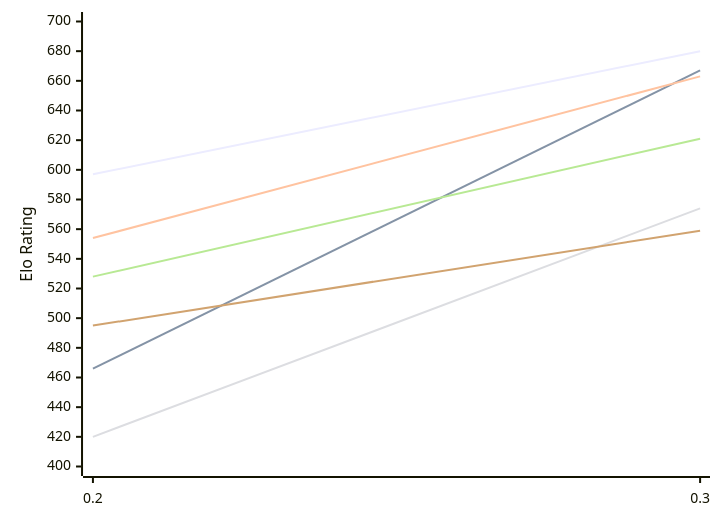
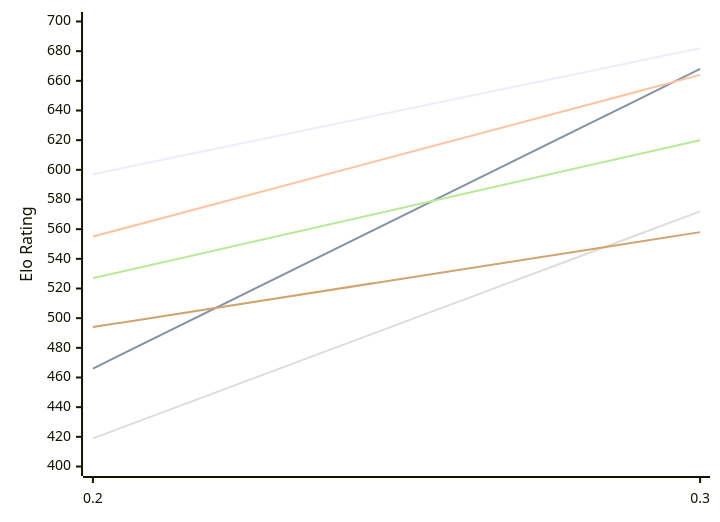
One commit to computer-chess-index/cci changed the first of 2 diagrams in engines/Magpie.md. Above: the diagram before and after it, drawn with Mermaid. The commit also changed other lines of this file, not shown here.

Commit message:
Update CCI Ratings (ELO VLTC) - 2026-11-19

````diff
--- a/engines/Magpie.md
+++ b/engines/Magpie.md
@@ -50,12 +50,12 @@
 ```mermaid
 %%{init: {"theme":"base","themeVariables":{"seriesColors:['#a3a3a3','#222221','#faa371']}}}%%
 xychart-beta
   x-axis ["0.2", "0.3"]
   y-axis "Elo Rating" 400 --> 700
-  line "E1: STC (8.0+0.08s)" [597, 680]
-  line "E1: LTC (60.0+0.60s)" [466, 667]
-  line "E1: VLTC (2m24s+1.12s)" [554, 663]
-  line "P1: STC (8.0+0.08s)" [420, 574]
-  line "P1: LTC (60.0+0.60s)" [528, 621]
-  line "P1: VLTC (2m24s+1.12s)" [495, 559]
+  line "E1: STC (8.0+0.08s)" [597, 682]
+  line "E1: LTC (60.0+0.60s)" [466, 668]
+  line "E1: VLTC (2m24s+1.12s)" [555, 664]
+  line "P1: STC (8.0+0.08s)" [419, 572]
+  line "P1: LTC (60.0+0.60s)" [527, 620]
+  line "P1: VLTC (2m24s+1.12s)" [494, 558]
 ```
````
